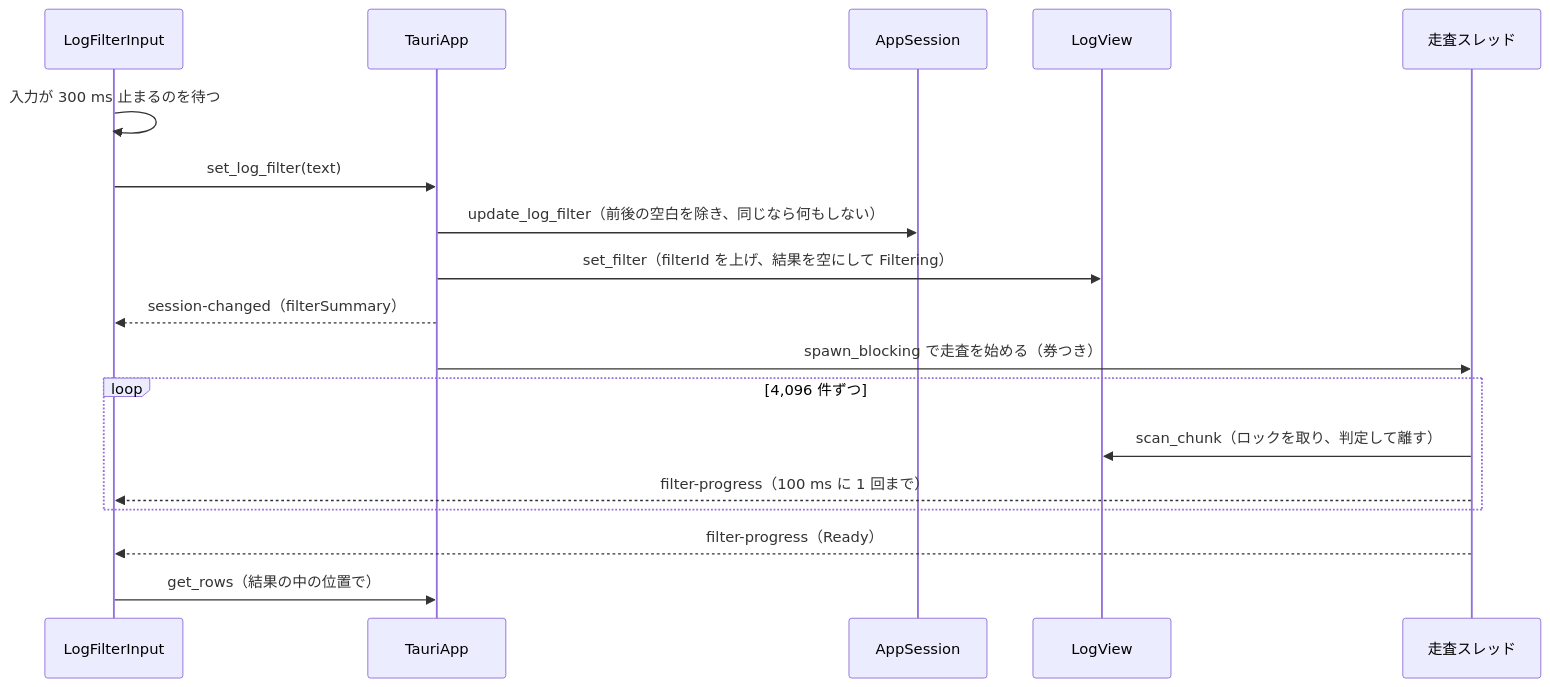
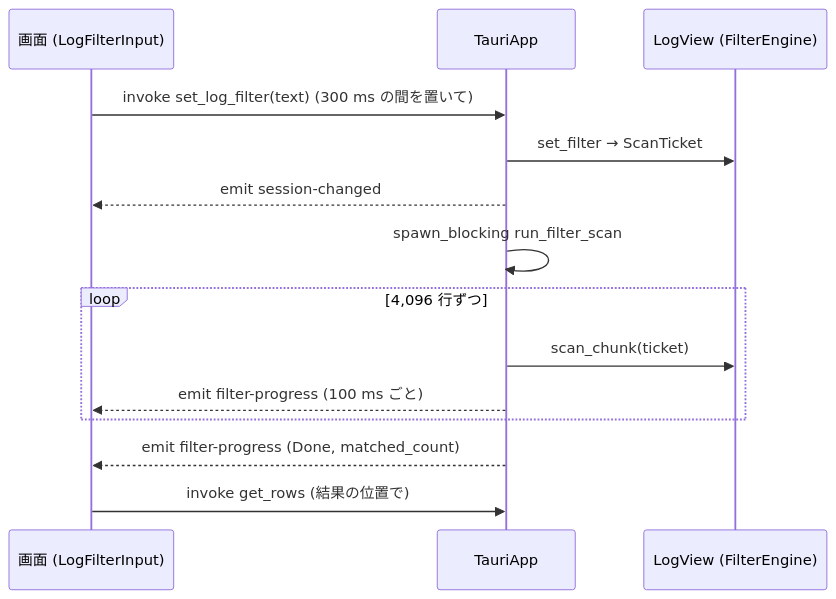
Before and after one commit to kdnakt/local-sights: the third of 6 diagrams in aidlc/spaces/default/codekb/local-sights/architecture.md, drawn with Mermaid. The commit also changed other lines of this file and 78 other files, not shown here.

````diff
--- a/aidlc/spaces/default/codekb/local-sights/architecture.md
+++ b/aidlc/spaces/default/codekb/local-sights/architecture.md
@@ -169,20 +153,16 @@
 ```mermaid
 sequenceDiagram
-  participant F as LogFilterInput
-  participant App as TauriApp
-  participant S as AppSession
-  participant V as LogView
-  participant W as 走査スレッド
-  F->>F: 入力が 300 ms 止まるのを待つ
-  F->>App: set_log_filter(text)
-  App->>S: update_log_filter（前後の空白を除き、同じなら何もしない）
-  App->>V: set_filter（filterId を上げ、結果を空にして Filtering）
-  App-->>F: session-changed（filterSummary）
-  App->>W: spawn_blocking で走査を始める（券つき）
-  loop 4,096 件ずつ
-    W->>V: scan_chunk（ロックを取り、判定して離す）
-    W-->>F: filter-progress（100 ms に 1 回まで）
+  participant S as 画面 (LogFilterInput)
+  participant T as TauriApp
+  participant V as LogView (FilterEngine)
+  S->>T: invoke set_log_filter(text) (300 ms の間を置いて)
+  T->>V: set_filter → ScanTicket
+  T-->>S: emit session-changed
+  T->>T: spawn_blocking run_filter_scan
+  loop 4,096 行ずつ
+    T->>V: scan_chunk(ticket)
+    T-->>S: emit filter-progress (100 ms ごと)
   end
-  W-->>F: filter-progress（Ready）
-  F->>App: get_rows（結果の中の位置で）
+  T-->>S: emit filter-progress (Done, matched_count)
+  S->>T: invoke get_rows (結果の位置で)
 ```
````
